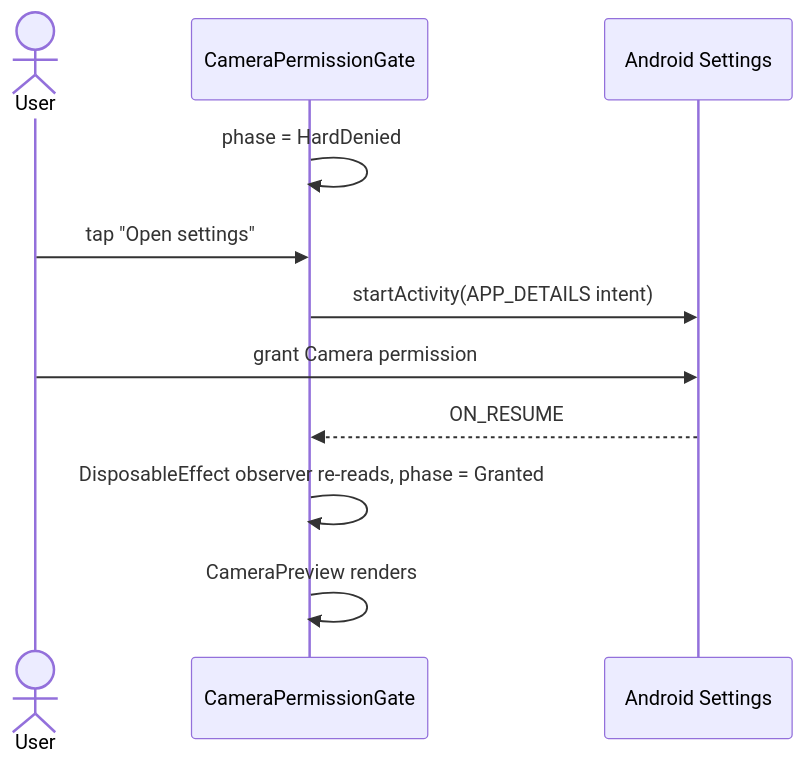
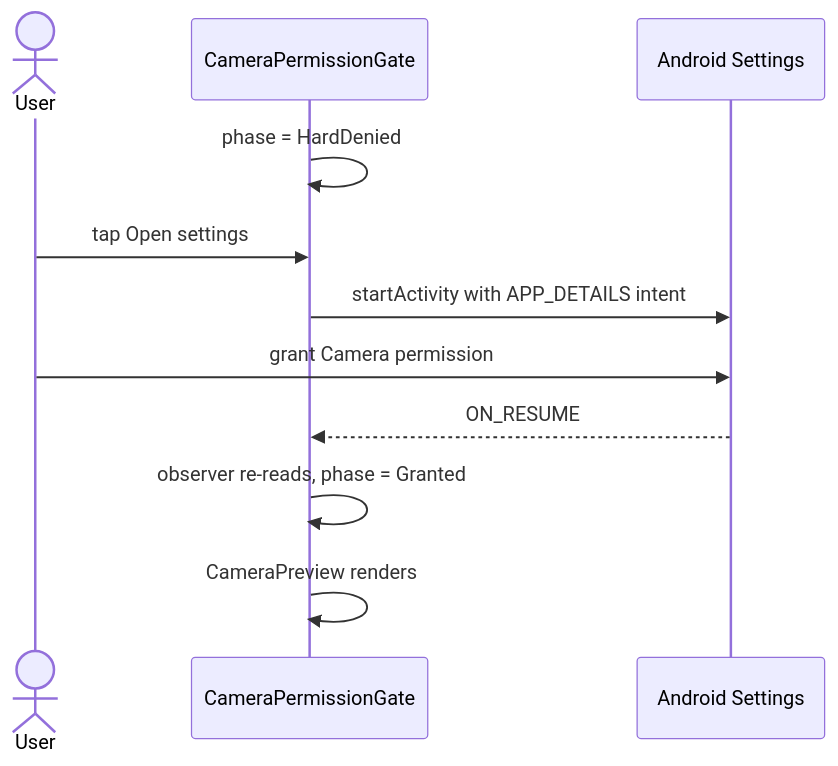
Before and after one commit to DocGerd/pantry-tracker: the third of 5 diagrams in docs/architecture/06-runtime-view.md, drawn with Mermaid. The commit also changed other lines of this file and 3 other files, not shown here.

````diff
--- a/docs/architecture/06-runtime-view.md
+++ b/docs/architecture/06-runtime-view.md
@@ -95,13 +95,13 @@
 ```mermaid
 sequenceDiagram
     actor User
     participant Gate as CameraPermissionGate
     participant Settings as Android Settings
     Gate->>Gate: phase = HardDenied
-    User->>Gate: tap "Open settings"
-    Gate->>Settings: startActivity(APP_DETAILS intent)
+    User->>Gate: tap Open settings
+    Gate->>Settings: startActivity with APP_DETAILS intent
     User->>Settings: grant Camera permission
     Settings-->>Gate: ON_RESUME
-    Gate->>Gate: DisposableEffect observer re-reads, phase = Granted
+    Gate->>Gate: observer re-reads, phase = Granted
     Gate->>Gate: CameraPreview renders
 ```
````
